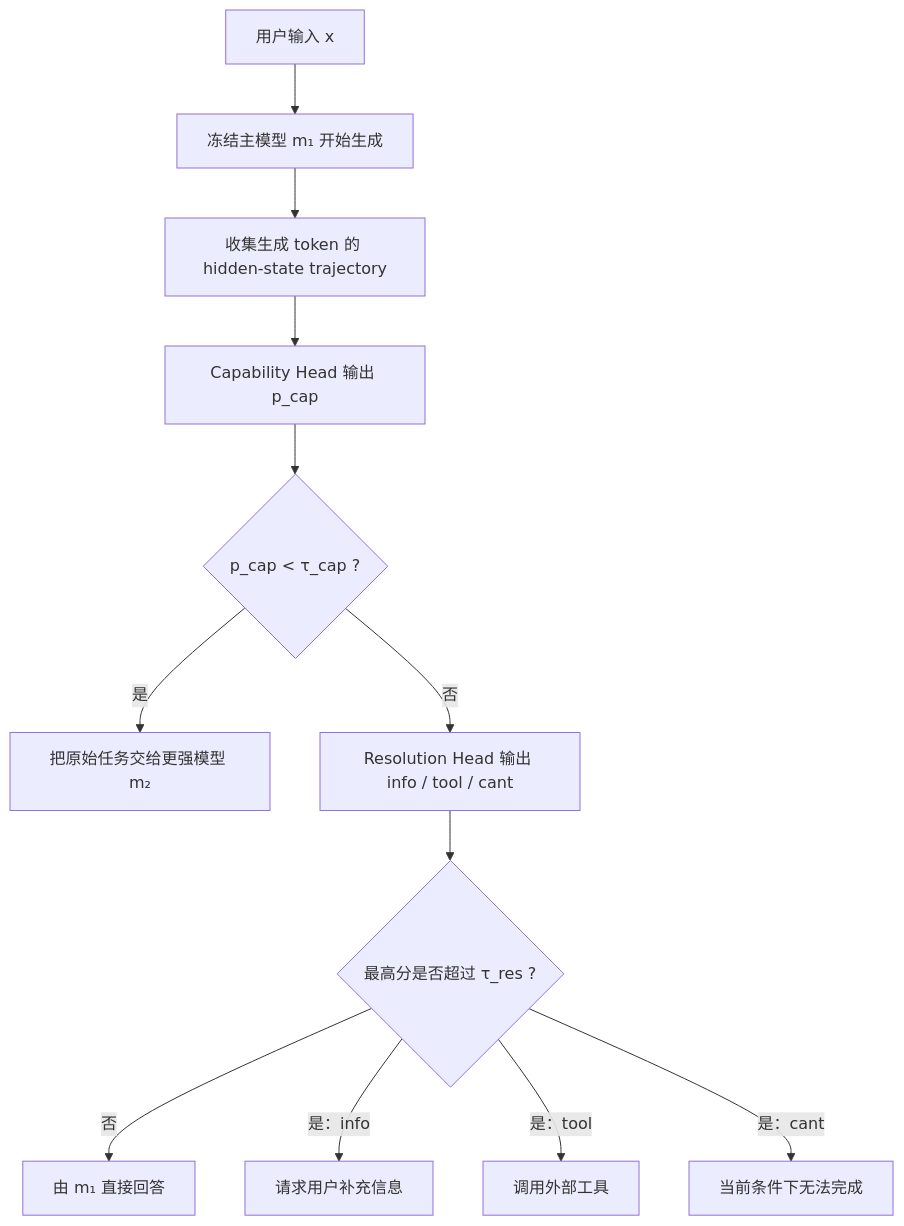
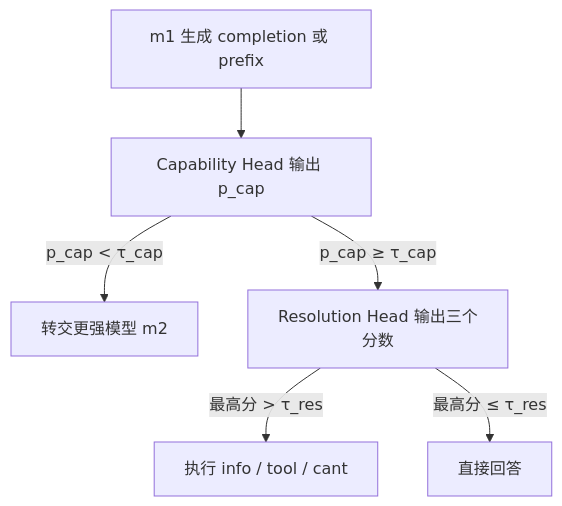
One commit to 1152024415-crypto/edge-agent-deepsearch changed the diagram in notes/mhl-control/Multi-Head-Latent-Control论文精读.md. Above: the diagram before and after it, drawn with Mermaid. The commit also changed other lines of this file, not shown here.

````diff
--- a/notes/mhl-control/Multi-Head-Latent-Control论文精读.md
+++ b/notes/mhl-control/Multi-Head-Latent-Control论文精读.md
@@ -637,14 +231,8 @@
 ```mermaid
 flowchart TD
-    X["用户输入 x"] --> M1["冻结主模型 m₁ 开始生成"]
-    M1 --> H["收集生成 token 的 hidden-state trajectory"]
-    H --> CAP["Capability Head 输出 p_cap"]
-    CAP --> CHECK{"p_cap < τ_cap ?"}
-    CHECK -- "是" --> M2["把原始任务交给更强模型 m₂"]
-    CHECK -- "否" --> RES["Resolution Head 输出 info / tool / cant"]
-    RES --> RMAX{"最高分是否超过 τ_res ?"}
-    RMAX -- "否" --> DIRECT["由 m₁ 直接回答"]
-    RMAX -- "是：info" --> INFO["请求用户补充信息"]
-    RMAX -- "是：tool" --> TOOL["调用外部工具"]
-    RMAX -- "是：cant" --> CANT["当前条件下无法完成"]
+    A["m1 生成 completion 或 prefix"] --> B["Capability Head 输出 p_cap"]
+    B -->|"p_cap < τ_cap"| C["转交更强模型 m2"]
+    B -->|"p_cap ≥ τ_cap"| D["Resolution Head 输出三个分数"]
+    D -->|"最高分 > τ_res"| E["执行 info / tool / cant"]
+    D -->|"最高分 ≤ τ_res"| F["直接回答"]
 ```
````
